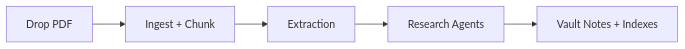
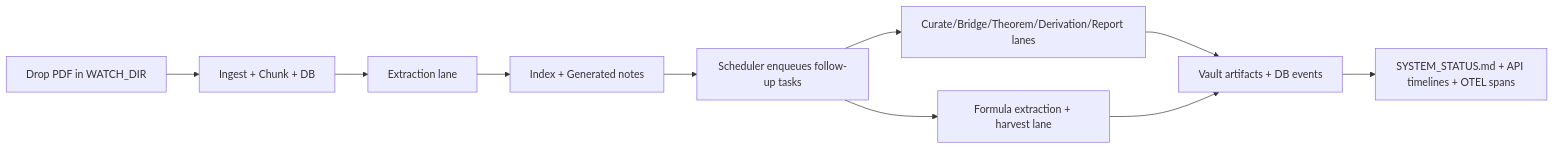
The diagram in docs/user-guide/README.md (Rah-Rah-Mitra/Information-Lab), drawn with Mermaid before and after one commit. The commit also changed other lines of this file and 3 other files, not shown here.

````diff
--- a/docs/user-guide/README.md
+++ b/docs/user-guide/README.md
@@ -27,7 +47,12 @@
 ```mermaid
 flowchart LR
-    A[Drop PDF] --> B[Ingest + Chunk]
-    B --> C[Extraction]
-    C --> D[Research Agents]
-    D --> E[Vault Notes + Indexes]
+    A[Drop PDF in WATCH_DIR] --> B[Ingest + Chunk + DB]
+    B --> C[Extraction lane]
+    C --> D[Index + Generated notes]
+    D --> E[Scheduler enqueues follow-up tasks]
+    E --> F[Curate/Bridge/Theorem/Derivation/Report lanes]
+    E --> G[Formula extraction + harvest lane]
+    F --> H[Vault artifacts + DB events]
+    G --> H
+    H --> I[SYSTEM_STATUS.md + API timelines + OTEL spans]
 ```
````
